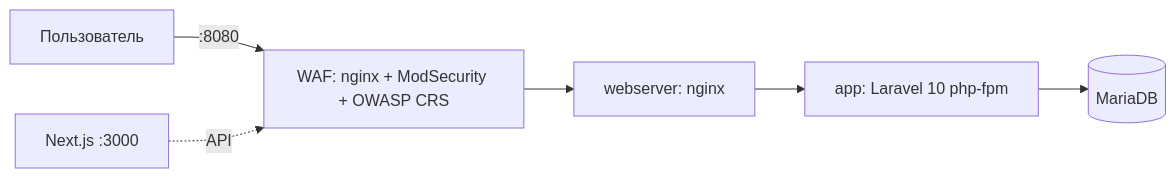
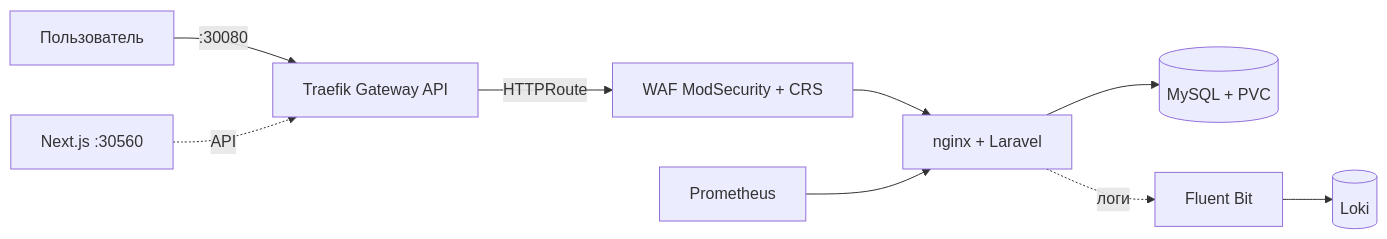
One commit to Beasbe/full_proj changed the diagram in docs/passport.md. Above: the diagram before and after it, drawn with Mermaid. The commit also changed other lines of this file and 32 other files, not shown here.

First line of the commit message:
feat: полный контур кейса на k3s — Gateway API, WAF в K8s, Prometheus, Fluent Bit+Loki

````diff
--- a/docs/passport.md
+++ b/docs/passport.md
@@ -23,8 +23,10 @@
 ```mermaid
 flowchart LR
-    U[Пользователь] -->|:8080| WAF[WAF: nginx + ModSecurity + OWASP CRS]
-    WAF --> WS[webserver: nginx]
-    WS --> A[app: Laravel 10 php-fpm]
-    A --> D[(MariaDB)]
-    F[Next.js :3000] -.->|API| WAF
+    U[Пользователь] -->|:30080| G[Traefik Gateway API]
+    G -->|HTTPRoute| WAF[WAF ModSecurity + CRS]
+    WAF --> NX[nginx + Laravel]
+    NX --> DB[(MySQL + PVC)]
+    FE[Next.js :30560] -.->|API| G
+    P[Prometheus] --> NX
+    NX -.->|логи| FB[Fluent Bit] --> L[(Loki)]
 ```
````
